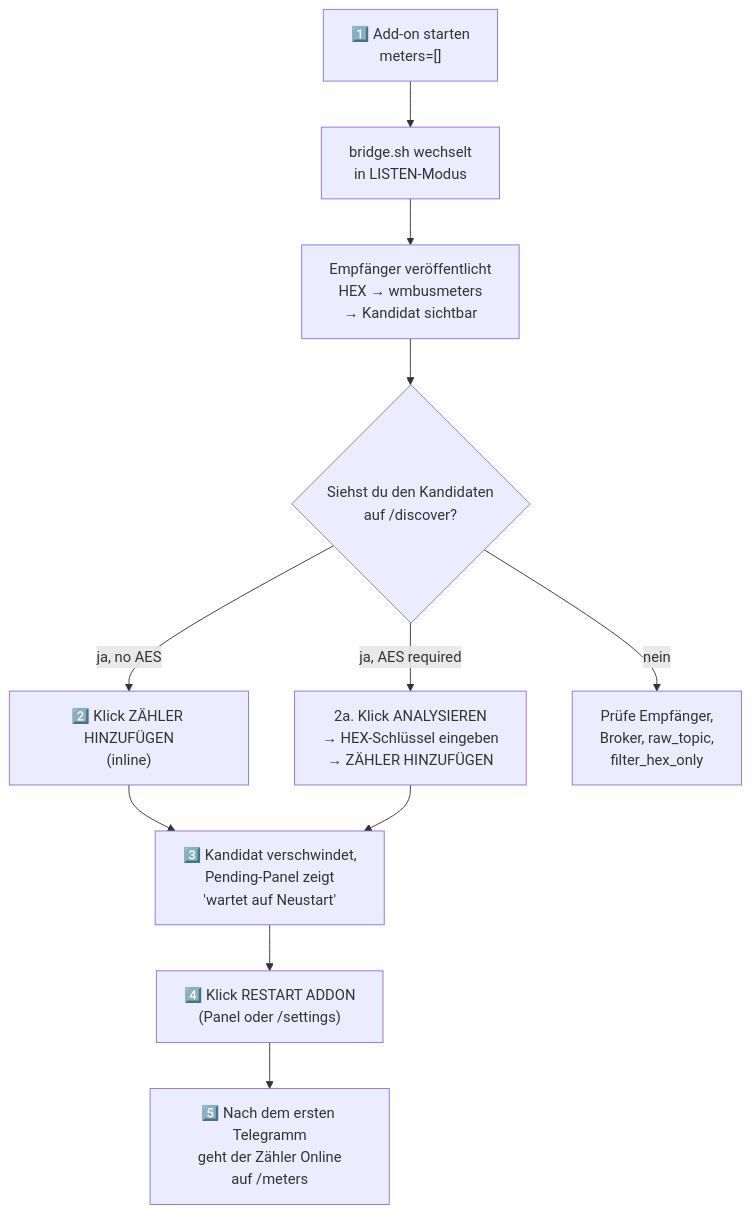
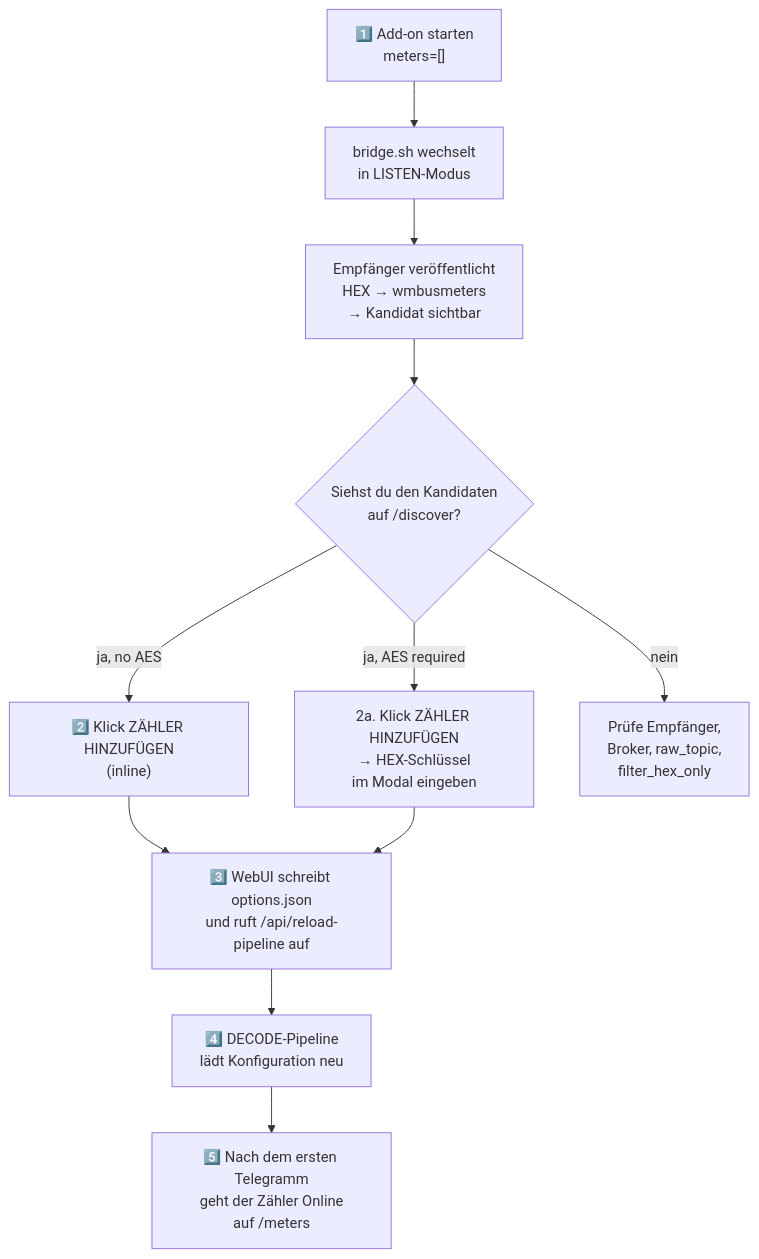
The fourth of 7 diagrams in docs/README.de.md (Kustonium/homeassistant-wmbus-mqtt-bridge-dev), drawn with Mermaid before and after one commit. The commit also changed other lines of this file and 6 other files, not shown here.

````diff
--- a/docs/README.de.md
+++ b/docs/README.de.md
@@ -336,13 +321,13 @@
 ```mermaid
 flowchart TD
   A["1️⃣ Add-on starten<br/>meters=[]"] --> B["bridge.sh wechselt<br/>in LISTEN-Modus"]
   B --> C["Empfänger veröffentlicht<br/>HEX → wmbusmeters<br/>→ Kandidat sichtbar"]
   C --> D{"Siehst du den Kandidaten<br/>auf /discover?"}
   D -- "ja, no AES" --> E["2️⃣ Klick ZÄHLER HINZUFÜGEN<br/>(inline)"]
-  D -- "ja, AES required" --> F["2a. Klick ANALYSIEREN<br/>→ HEX-Schlüssel eingeben<br/>→ ZÄHLER HINZUFÜGEN"]
+  D -- "ja, AES required" --> F["2a. Klick ZÄHLER HINZUFÜGEN<br/>→ HEX-Schlüssel<br/>im Modal eingeben"]
   D -- "nein" --> G["Prüfe Empfänger,<br/>Broker, raw_topic,<br/>filter_hex_only"]
-  E --> H["3️⃣ Kandidat verschwindet,<br/>Pending-Panel zeigt<br/>'wartet auf Neustart'"]
+  E --> H["3️⃣ WebUI schreibt options.json<br/>und ruft /api/reload-pipeline auf"]
   F --> H
-  H --> I["4️⃣ Klick RESTART ADDON<br/>(Panel oder /settings)"]
+  H --> I["4️⃣ DECODE-Pipeline<br/>lädt Konfiguration neu"]
   I --> J["5️⃣ Nach dem ersten Telegramm<br/>geht der Zähler Online<br/>auf /meters"]
 ```
````
